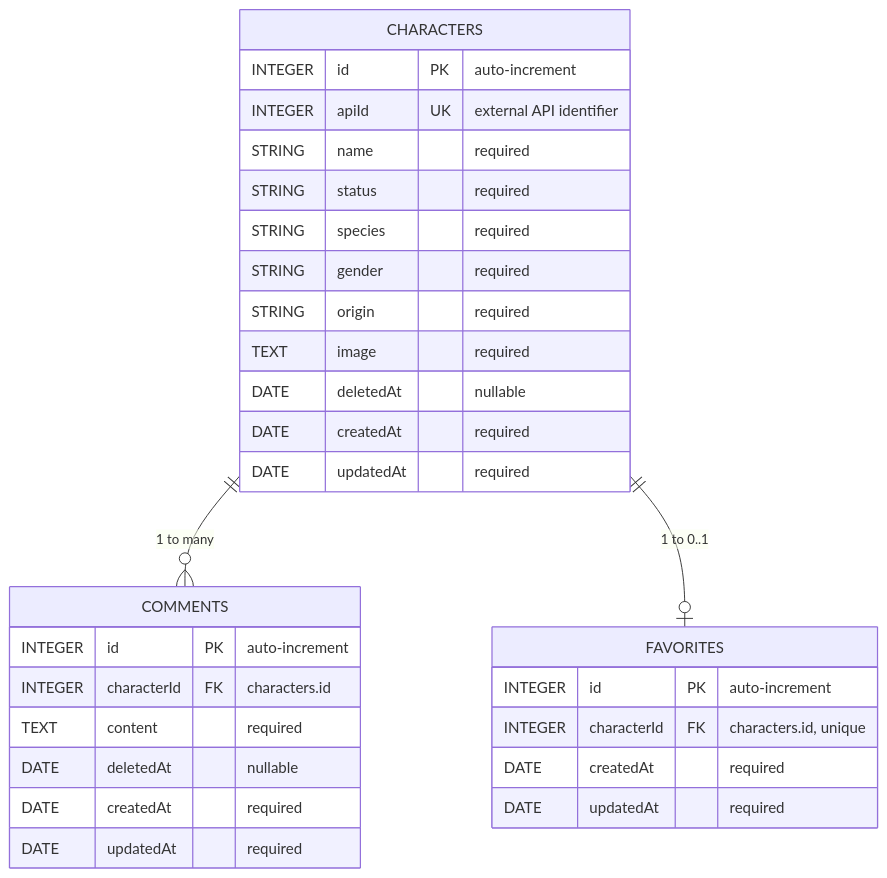
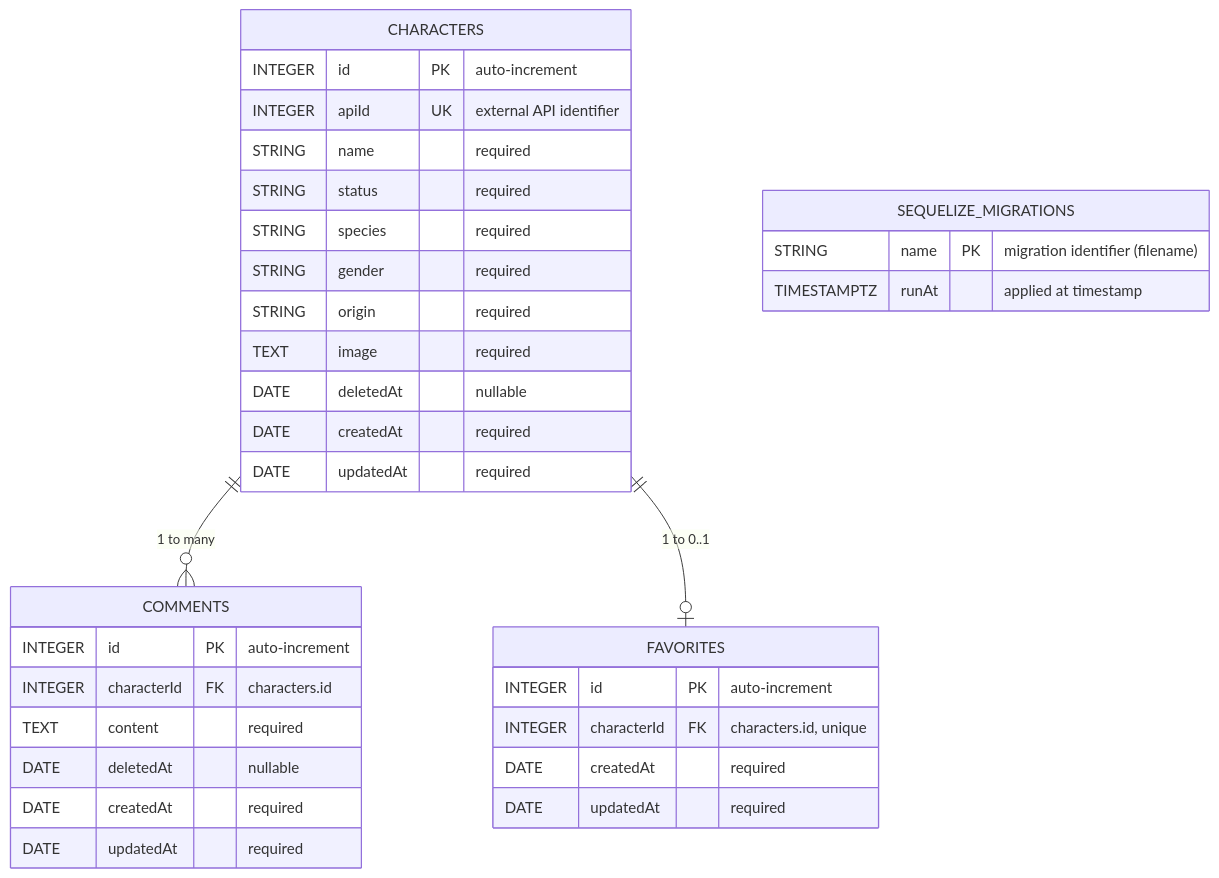
One commit to KleinBrun/rick-morty-fullstack-app changed the diagram in docs/ERD.md. Above: the diagram before and after it, drawn with Mermaid. The commit also changed other lines of this file, not shown here.

Commit message:
add erd migration table

````diff
--- a/docs/ERD.md
+++ b/docs/ERD.md
@@ -30,35 +30,41 @@
 ```mermaid
 erDiagram
     CHARACTERS {
         INTEGER id PK "auto-increment"
         INTEGER apiId UK "external API identifier"
         STRING name "required"
         STRING status "required"
         STRING species "required"
         STRING gender "required"
         STRING origin "required"
         TEXT image "required"
         DATE deletedAt "nullable"
         DATE createdAt "required"
         DATE updatedAt "required"
     }
 
     COMMENTS {
         INTEGER id PK "auto-increment"
         INTEGER characterId FK "characters.id"
         TEXT content "required"
         DATE deletedAt "nullable"
         DATE createdAt "required"
         DATE updatedAt "required"
     }
 
     FAVORITES {
         INTEGER id PK "auto-increment"
         INTEGER characterId FK "characters.id, unique"
         DATE createdAt "required"
         DATE updatedAt "required"
     }
 
+
     CHARACTERS ||--o{ COMMENTS : "1 to many"
     CHARACTERS ||--o| FAVORITES : "1 to 0..1"
+
+    SEQUELIZE_MIGRATIONS {
+        STRING name PK "migration identifier (filename)"
+        TIMESTAMPTZ runAt "applied at timestamp"
+    }
 ```
````
